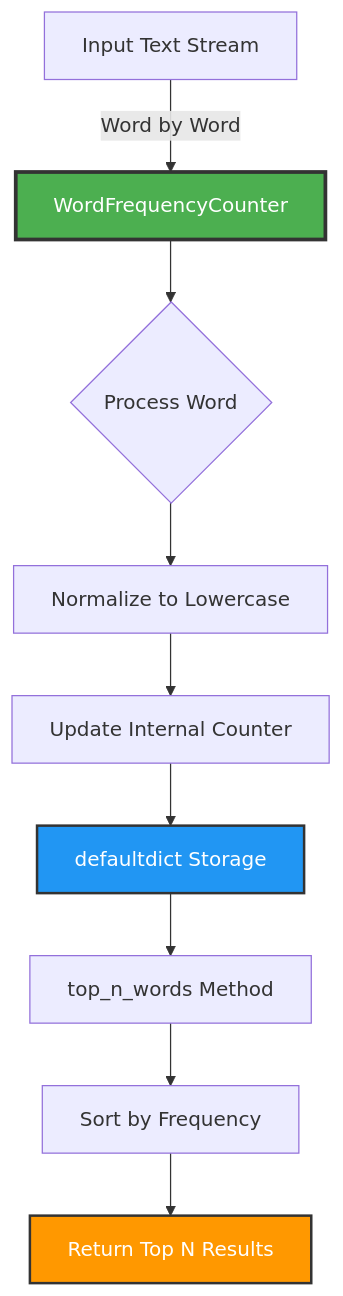
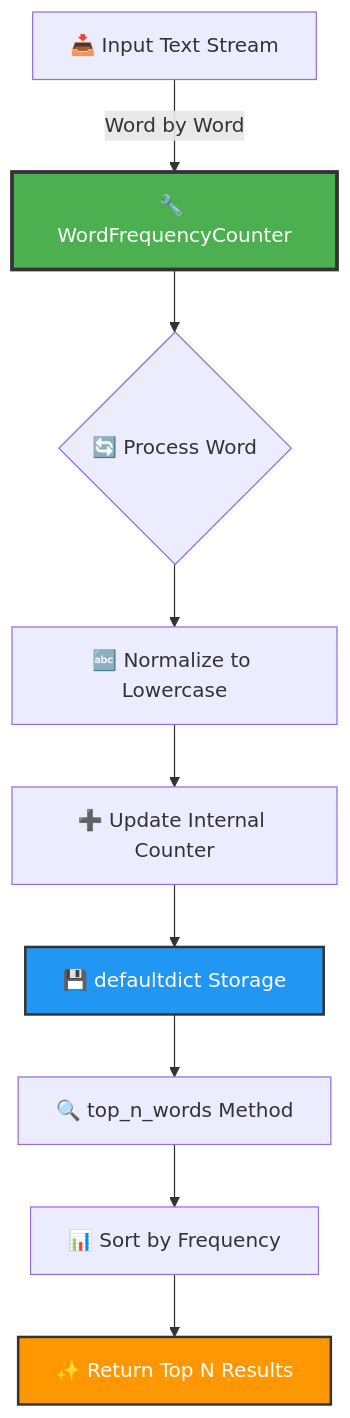
Before and after one commit to LuthandoCandlovu/sarao-technical-challenge: the diagram in project-1/README.md, drawn with Mermaid. The commit also changed other lines of this file, not shown here.

````diff
--- a/project-1/README.md
+++ b/project-1/README.md
@@ -13,15 +32,15 @@
 ```mermaid
 graph TB
-    A[Input Text Stream] -->|Word by Word| B[WordFrequencyCounter]
-    B --> C{Process Word}
-    C --> D[Normalize to Lowercase]
-    D --> E[Update Internal Counter]
-    E --> F[defaultdict Storage]
-    F --> G[top_n_words Method]
-    G --> H[Sort by Frequency]
-    H --> I[Return Top N Results]
+    A[📥 Input Text Stream] -->|Word by Word| B[🔧 WordFrequencyCounter]
+    B --> C{🔄 Process Word}
+    C --> D[🔤 Normalize to Lowercase]
+    D --> E[➕ Update Internal Counter]
+    E --> F[💾 defaultdict Storage]
+    F --> G[🔍 top_n_words Method]
+    G --> H[📊 Sort by Frequency]
+    H --> I[✨ Return Top N Results]
 
     style B fill:#4CAF50,stroke:#333,stroke-width:3px,color:#fff
     style F fill:#2196F3,stroke:#333,stroke-width:2px,color:#fff
     style I fill:#FF9800,stroke:#333,stroke-width:2px,color:#fff
 ```
````
